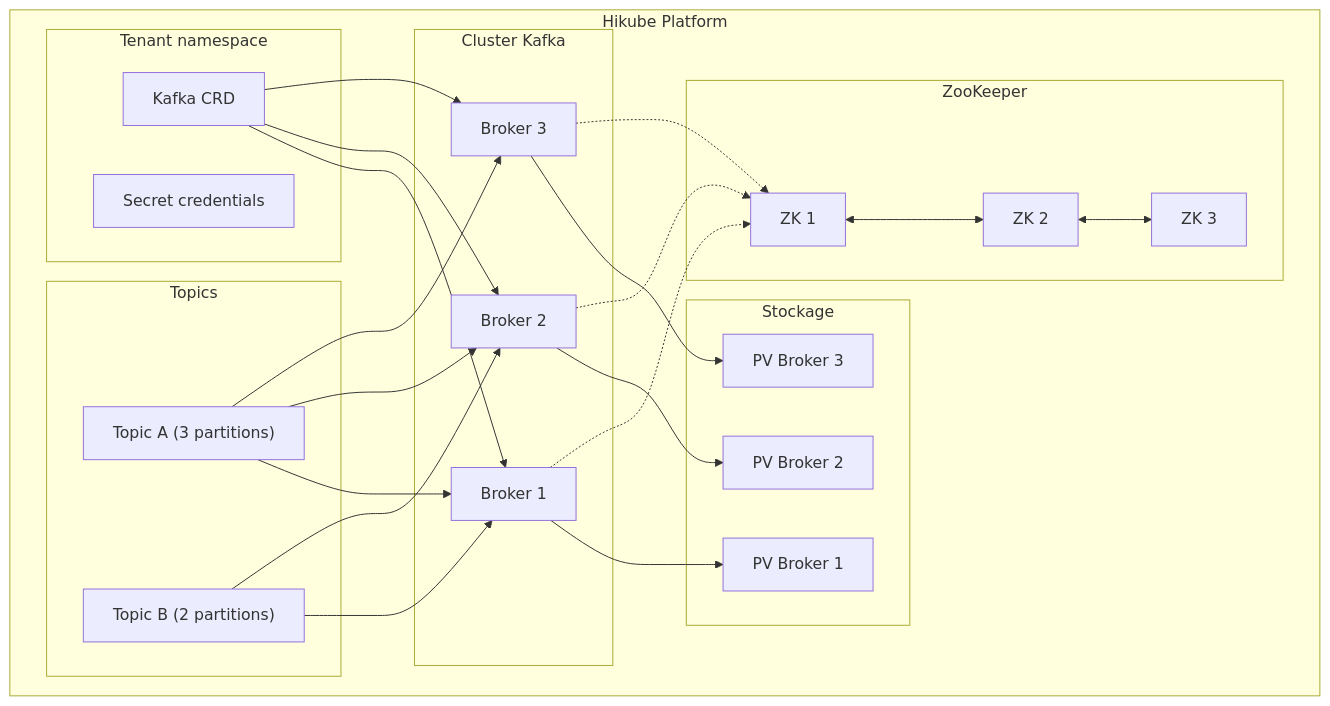
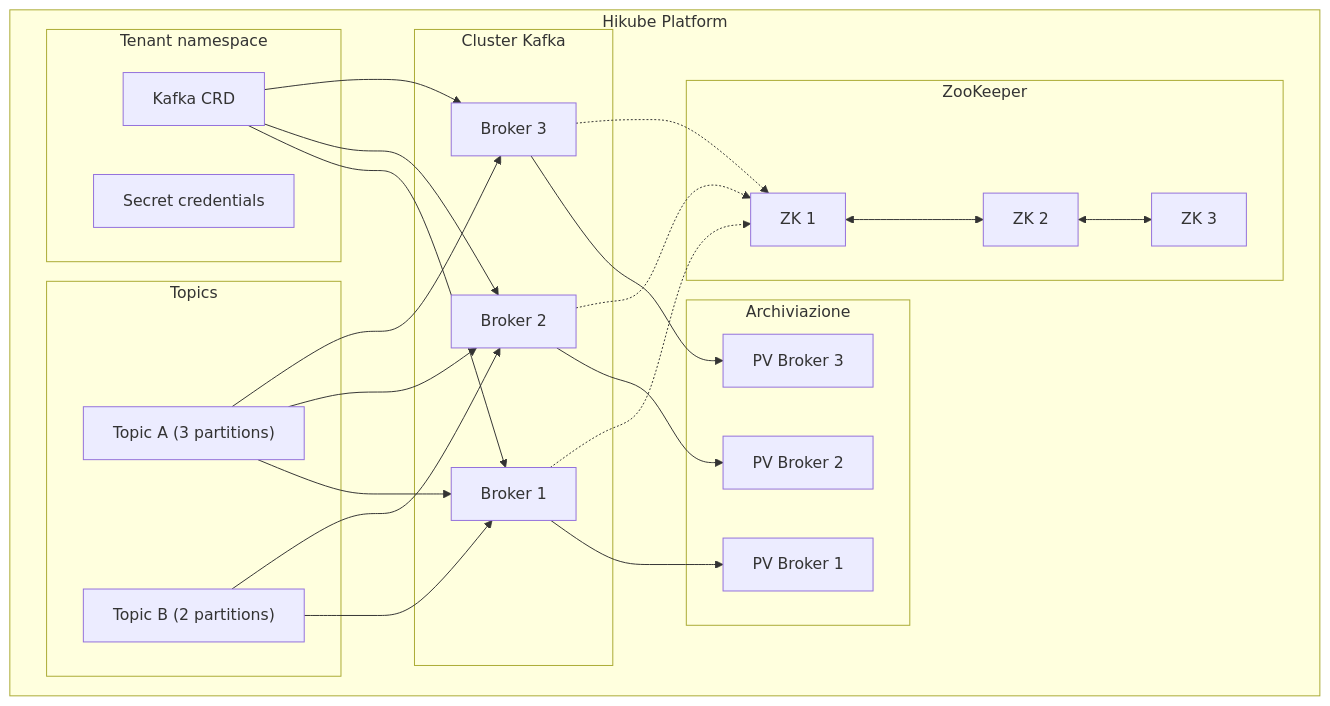
Before and after one commit to HidoraSwiss/hikube-public-doc: the first of 2 diagrams in i18n/it/docusaurus-plugin-content-docs/current/services/messaging/kafka/concepts.md, drawn with Mermaid. The commit also changed other lines of this file and 121 other files, not shown here.

````diff
--- a/i18n/it/docusaurus-plugin-content-docs/current/services/messaging/kafka/concepts.md
+++ b/i18n/it/docusaurus-plugin-content-docs/current/services/messaging/kafka/concepts.md
@@ -12,49 +12,49 @@
 ```mermaid
 graph TB
     subgraph "Hikube Platform"
         subgraph "Tenant namespace"
             CR[Kafka CRD]
             SEC[Secret credentials]
         end
 
         subgraph "Cluster Kafka"
             B1[Broker 1]
             B2[Broker 2]
             B3[Broker 3]
         end
 
         subgraph "ZooKeeper"
             Z1[ZK 1]
             Z2[ZK 2]
             Z3[ZK 3]
         end
 
         subgraph "Topics"
             T1["Topic A (3 partitions)"]
             T2["Topic B (2 partitions)"]
         end
 
-        subgraph "Stockage"
+        subgraph "Archiviazione"
             PV1[PV Broker 1]
             PV2[PV Broker 2]
             PV3[PV Broker 3]
         end
     end
 
     CR --> B1
     CR --> B2
     CR --> B3
     B1 --> PV1
     B2 --> PV2
     B3 --> PV3
     Z1 <--> Z2
     Z2 <--> Z3
     B1 -.-> Z1
     B2 -.-> Z1
     B3 -.-> Z1
     T1 --> B1
     T1 --> B2
     T1 --> B3
     T2 --> B1
     T2 --> B2
 ```
````
